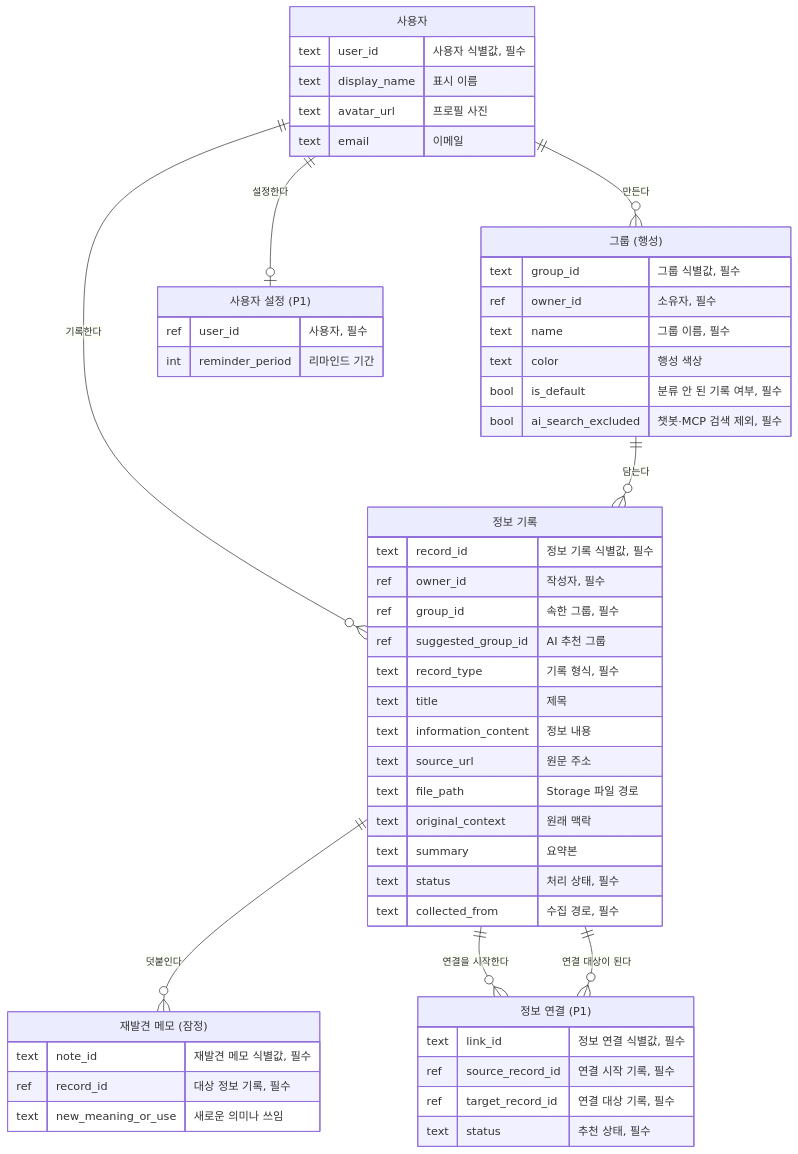
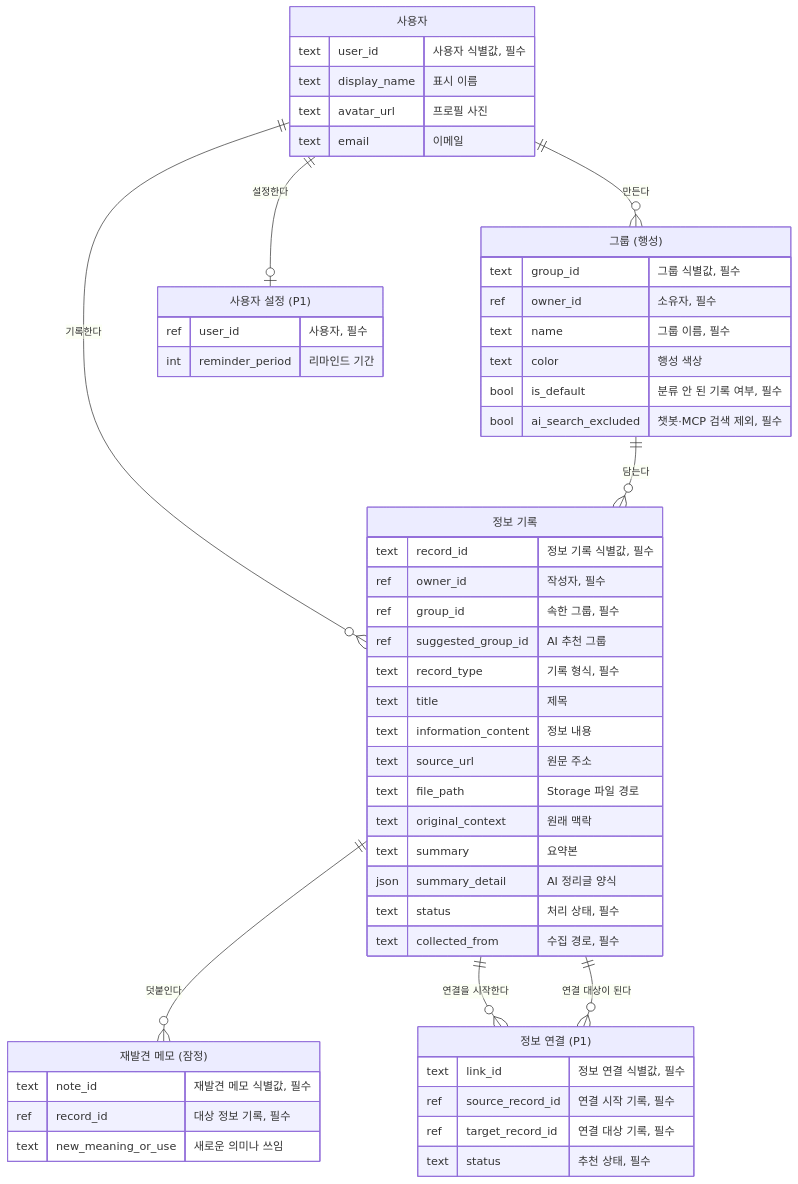
The diagram in docs/database.md (elvinleeys/space-log), drawn with Mermaid before and after one commit. The commit also changed other lines of this file and 15 other files, not shown here.

Commit message:
docs: AI 정리글 양식(summary_detail) 추가, AI 그룹 추천을 버튼·가공 후 방식으로 변경, 출처 주소 선택 입력으로 정리

````diff
--- a/docs/database.md
+++ b/docs/database.md
@@ -7,54 +7,55 @@
 ```mermaid
 erDiagram
   user["사용자"] {
     text user_id "사용자 식별값, 필수"
     text display_name "표시 이름"
     text avatar_url "프로필 사진"
     text email "이메일"
   }
   record_group["그룹 (행성)"] {
     text group_id "그룹 식별값, 필수"
     ref owner_id "소유자, 필수"
     text name "그룹 이름, 필수"
     text color "행성 색상"
     bool is_default "분류 안 된 기록 여부, 필수"
     bool ai_search_excluded "챗봇·MCP 검색 제외, 필수"
   }
   information_record["정보 기록"] {
     text record_id "정보 기록 식별값, 필수"
     ref owner_id "작성자, 필수"
     ref group_id "속한 그룹, 필수"
     ref suggested_group_id "AI 추천 그룹"
     text record_type "기록 형식, 필수"
     text title "제목"
     text information_content "정보 내용"
     text source_url "원문 주소"
     text file_path "Storage 파일 경로"
     text original_context "원래 맥락"
     text summary "요약본"
+    json summary_detail "AI 정리글 양식"
     text status "처리 상태, 필수"
     text collected_from "수집 경로, 필수"
   }
   rediscovery_note["재발견 메모 (잠정)"] {
     text note_id "재발견 메모 식별값, 필수"
     ref record_id "대상 정보 기록, 필수"
     text new_meaning_or_use "새로운 의미나 쓰임"
   }
   information_link["정보 연결 (P1)"] {
     text link_id "정보 연결 식별값, 필수"
     ref source_record_id "연결 시작 기록, 필수"
     ref target_record_id "연결 대상 기록, 필수"
     text status "추천 상태, 필수"
   }
   user_settings["사용자 설정 (P1)"] {
     ref user_id "사용자, 필수"
     int reminder_period "리마인드 기간"
   }
   user ||--o{ record_group : "만든다"
   user ||--o{ information_record : "기록한다"
   record_group ||--o{ information_record : "담는다"
   information_record ||--o{ rediscovery_note : "덧붙인다"
   information_record ||--o{ information_link : "연결을 시작한다"
   information_record ||--o{ information_link : "연결 대상이 된다"
   user ||--o| user_settings : "설정한다"
 ```
````
